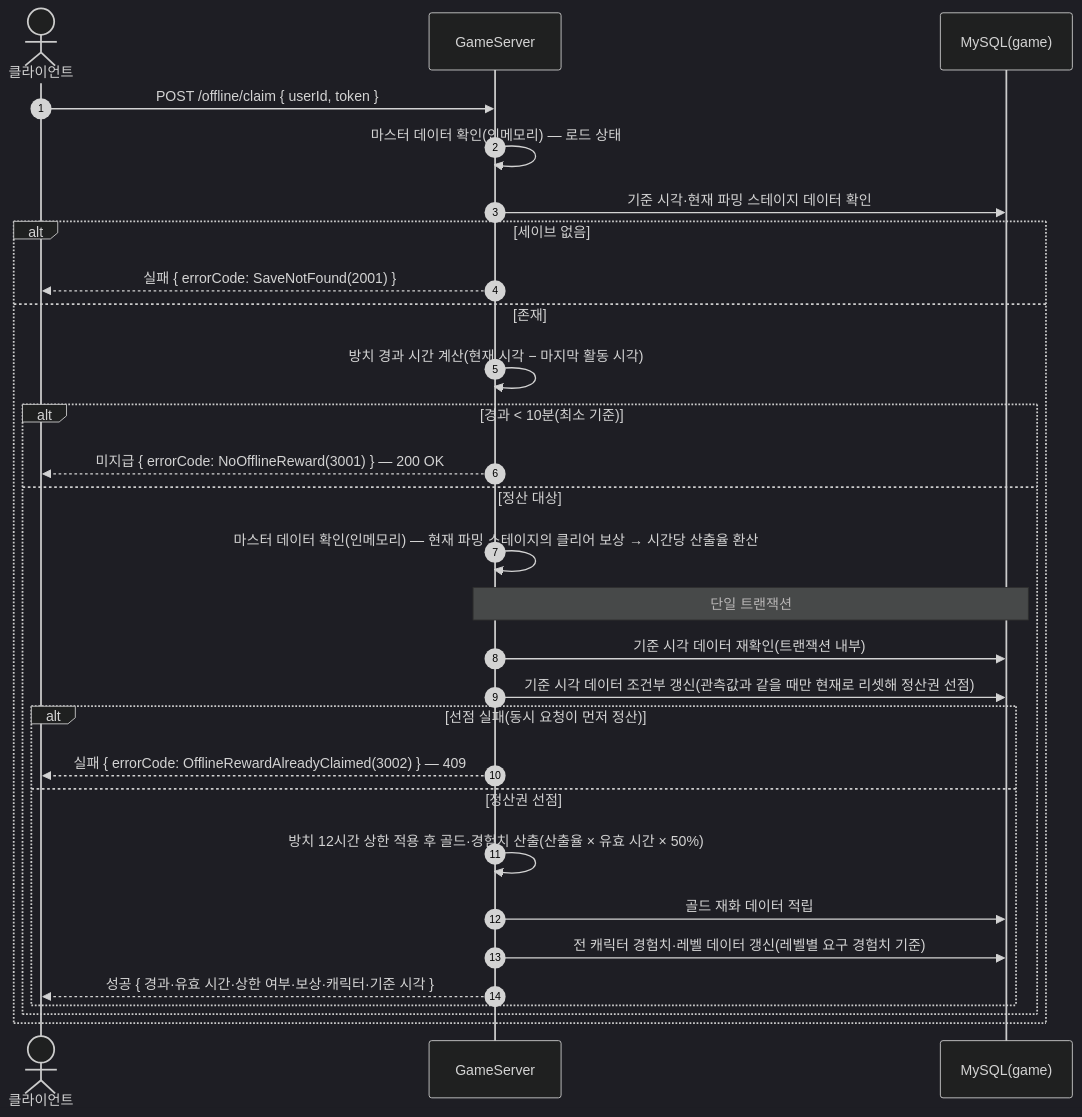
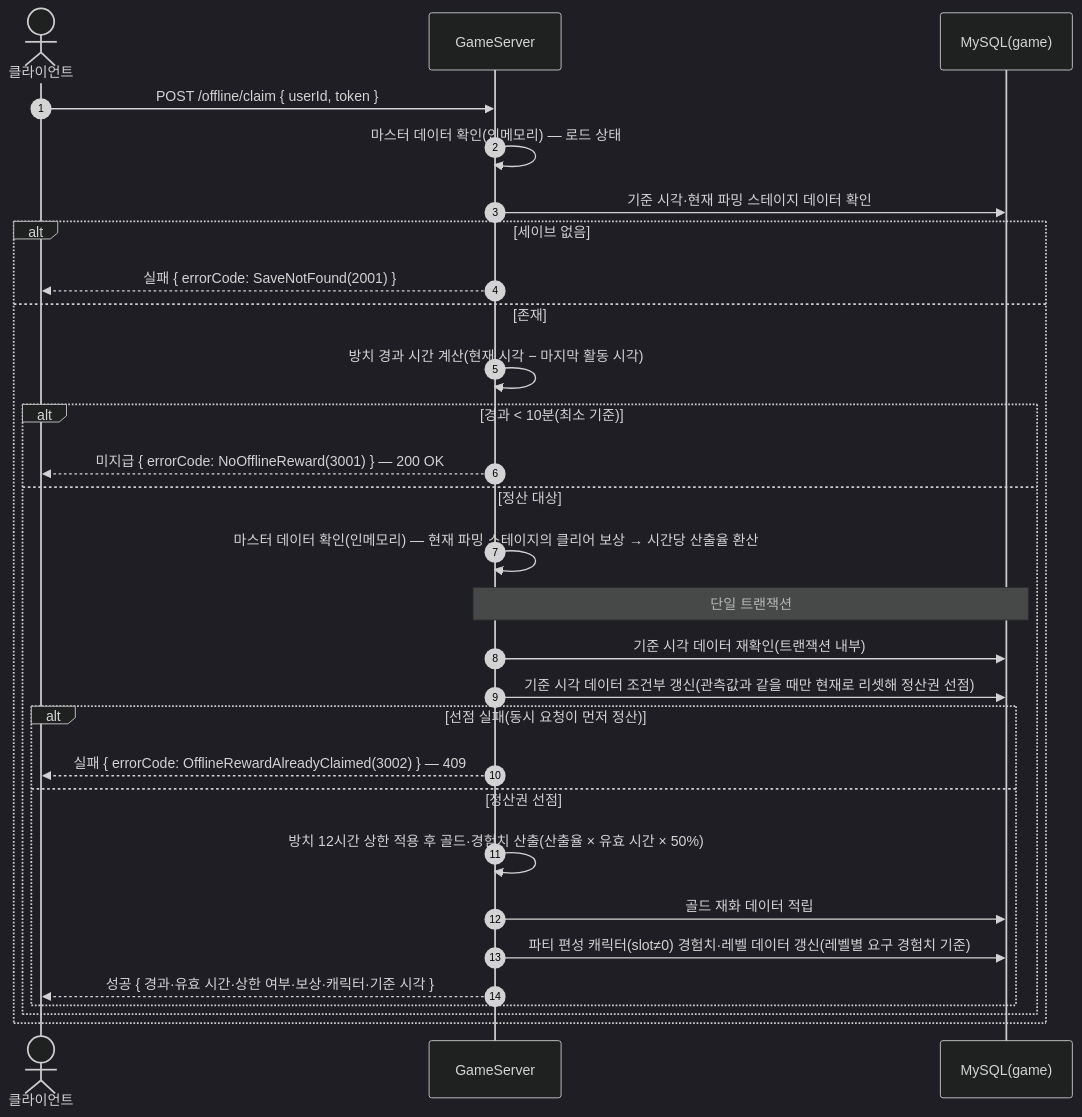
Before and after one commit to ks-wook/com2us-taskbar-hero: diagram 11 of 33 in SequenceDiagram/README.md, drawn with Mermaid (dark theme). The commit also changed other lines of this file and 17 other files, not shown here.

````diff
--- a/SequenceDiagram/README.md
+++ b/SequenceDiagram/README.md
@@ -315,32 +347,32 @@
 ```mermaid
 sequenceDiagram
     autonumber
     actor C as 클라이언트
     participant S as GameServer
     participant DB as MySQL(game)
 
     C->>S: POST /offline/claim { userId, token }
     S->>S: 마스터 데이터 확인(인메모리) — 로드 상태
     S->>DB: 기준 시각·현재 파밍 스테이지 데이터 확인
     alt 세이브 없음
         S-->>C: 실패 { errorCode: SaveNotFound(2001) }
     else 존재
         S->>S: 방치 경과 시간 계산(현재 시각 − 마지막 활동 시각)
         alt 경과 < 10분(최소 기준)
             S-->>C: 미지급 { errorCode: NoOfflineReward(3001) } — 200 OK
         else 정산 대상
             S->>S: 마스터 데이터 확인(인메모리) — 현재 파밍 스테이지의 클리어 보상 → 시간당 산출율 환산
             Note over S,DB: 단일 트랜잭션
             S->>DB: 기준 시각 데이터 재확인(트랜잭션 내부)
             S->>DB: 기준 시각 데이터 조건부 갱신(관측값과 같을 때만 현재로 리셋해 정산권 선점)
             alt 선점 실패(동시 요청이 먼저 정산)
                 S-->>C: 실패 { errorCode: OfflineRewardAlreadyClaimed(3002) } — 409
             else 정산권 선점
                 S->>S: 방치 12시간 상한 적용 후 골드·경험치 산출(산출율 × 유효 시간 × 50%)
                 S->>DB: 골드 재화 데이터 적립
-                S->>DB: 전 캐릭터 경험치·레벨 데이터 갱신(레벨별 요구 경험치 기준)
+                S->>DB: 파티 편성 캐릭터(slot≠0) 경험치·레벨 데이터 갱신(레벨별 요구 경험치 기준)
                 S-->>C: 성공 { 경과·유효 시간·상한 여부·보상·캐릭터·기준 시각 }
             end
         end
     end
 ```
````
